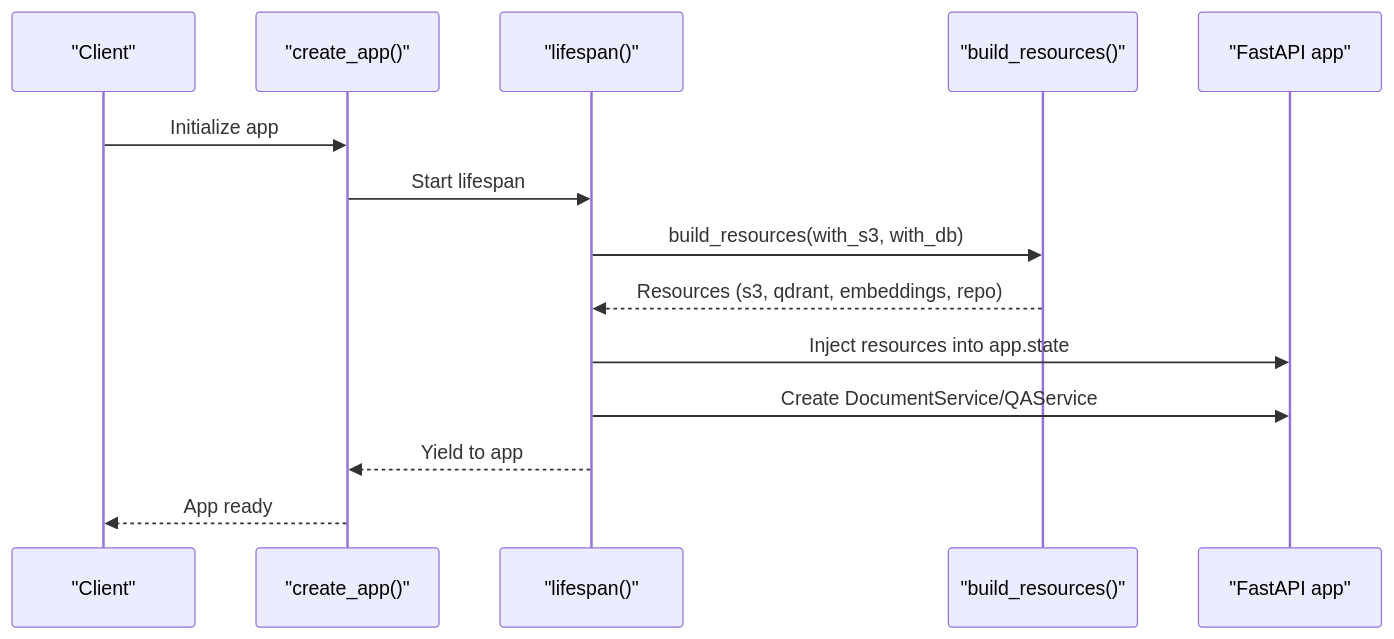
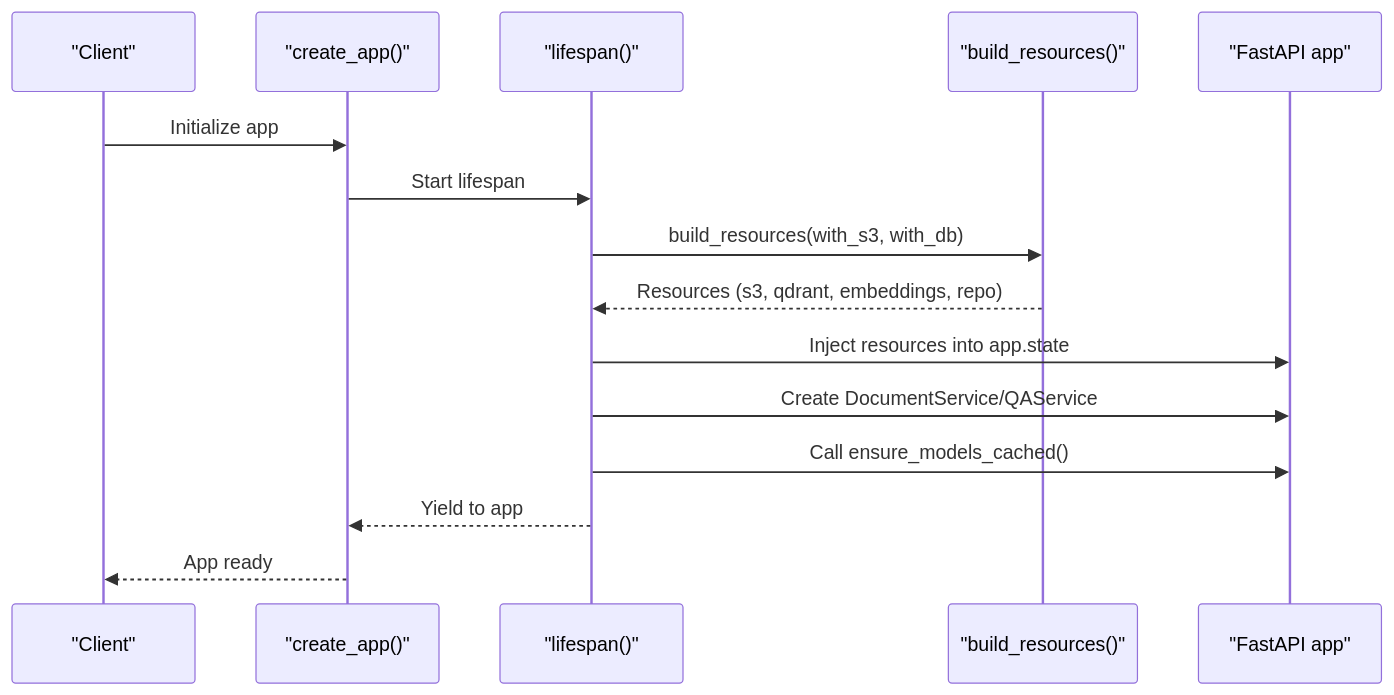
One commit to ognelis/cafetera_hr_bot changed the third of 10 diagrams in .qoder/repowiki/en/content/VK Integration/Admin Package Integration.md. Above: the diagram before and after it, drawn with Mermaid. The commit also changed other lines of this file and 20 other files, not shown here.

````diff
--- a/.qoder/repowiki/en/content/VK Integration/Admin Package Integration.md
+++ b/.qoder/repowiki/en/content/VK Integration/Admin Package Integration.md
@@ -138,16 +139,17 @@
 ```mermaid
 sequenceDiagram
 participant Client as "Client"
 participant Main as "create_app()"
 participant Lifespan as "lifespan()"
 participant Core as "build_resources()"
 participant App as "FastAPI app"
 Client->>Main : Initialize app
 Main->>Lifespan : Start lifespan
 Lifespan->>Core : build_resources(with_s3, with_db)
 Core-->>Lifespan : Resources (s3, qdrant, embeddings, repo)
 Lifespan->>App : Inject resources into app.state
 Lifespan->>App : Create DocumentService/QAService
+Lifespan->>App : Call ensure_models_cached()
 Lifespan-->>Main : Yield to app
 Main-->>Client : App ready
 ```
````
